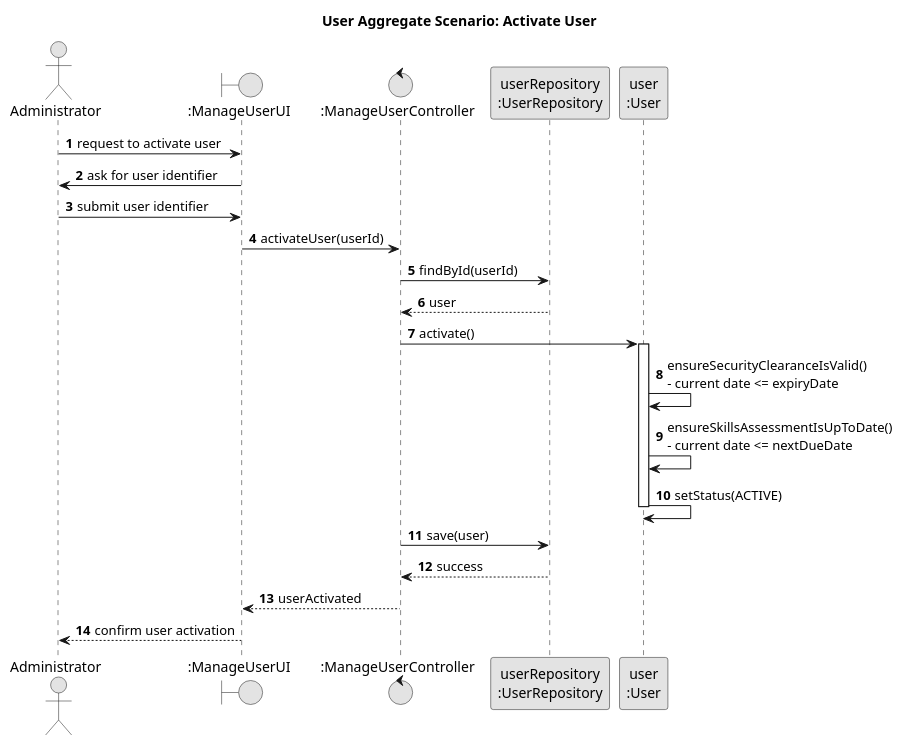
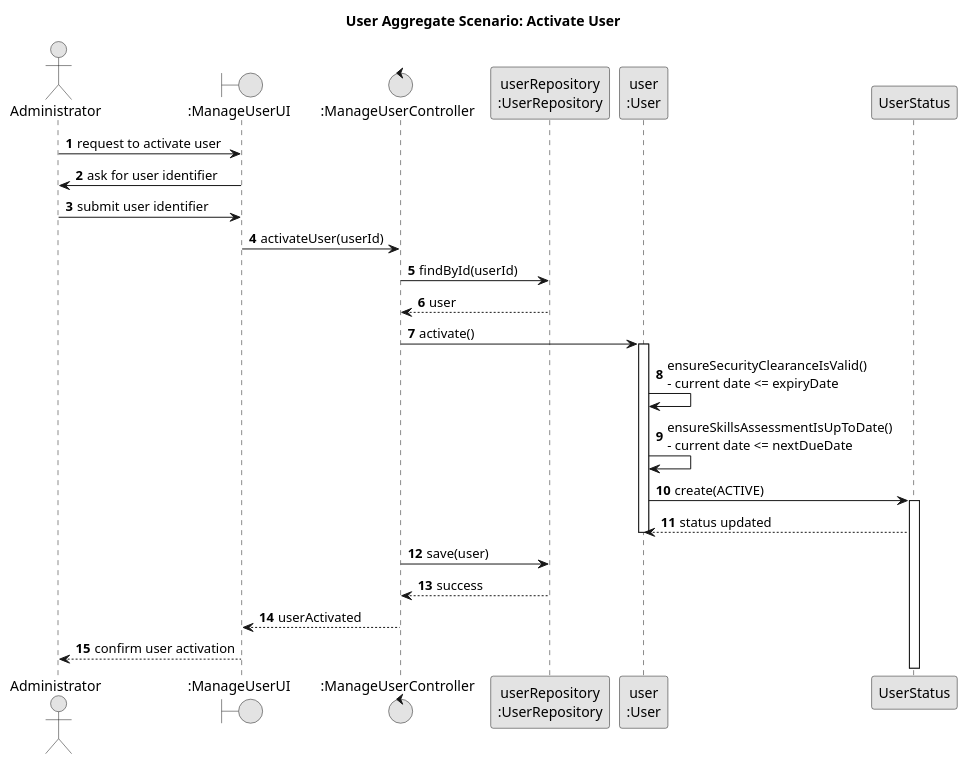
Before and after one commit to GustavoFerreira24/flight-management-platform: the diagram in docs/global-artifacts/03.design/puml/UserAggregate-SD.puml, drawn with PlantUML. The commit also changed 5 other files, not shown here.

```diff
--- a/docs/global-artifacts/03.design/puml/UserAggregate-SD.puml
+++ b/docs/global-artifacts/03.design/puml/UserAggregate-SD.puml
@@ -1,41 +1,42 @@
 @startuml
 title User Aggregate Scenario: Activate User
 
 skinparam monochrome true
 skinparam packageStyle rectangle
 skinparam shadowing false
 
 autonumber
 
 actor "Administrator" as Admin
 boundary ":ManageUserUI" as UI
 control ":ManageUserController" as C
 participant "userRepository\n:UserRepository" as UserRepo
 participant "user\n:User" as User
 
 Admin -> UI : request to activate user
 UI -> Admin : ask for user identifier
 
 Admin -> UI : submit user identifier
 UI -> C : activateUser(userId)
 
 C -> UserRepo : findById(userId)
 UserRepo --> C : user
 
 C -> User : activate()
 
 activate User
 
 User -> User : ensureSecurityClearanceIsValid()\n- current date <= expiryDate
 User -> User : ensureSkillsAssessmentIsUpToDate()\n- current date <= nextDueDate
-User -> User : setStatus(ACTIVE)
+User -> UserStatus ++ : create(ACTIVE)
+UserStatus --> User : status updated
 
 deactivate User
 
 C -> UserRepo : save(user)
 UserRepo --> C : success
 
 C --> UI : userActivated
 UI --> Admin : confirm user activation
 
 @enduml
```
